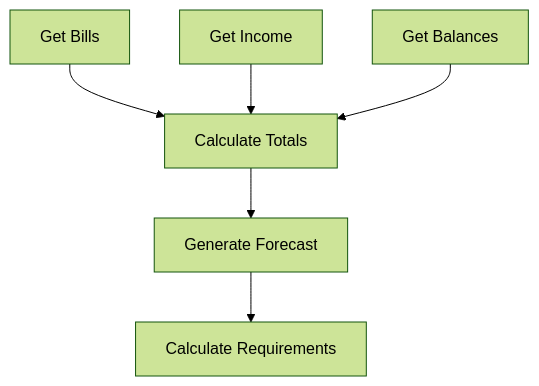
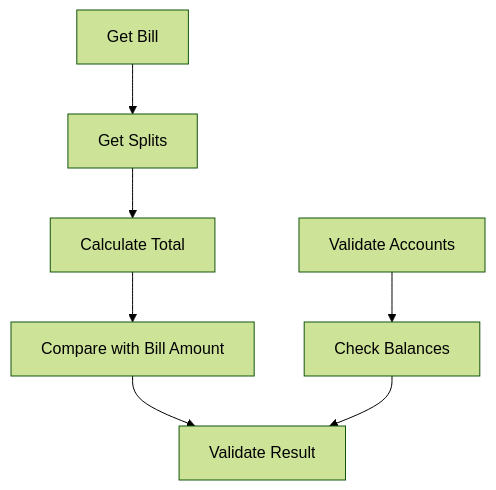
Before and after one commit to AstroMined/debtonator: the fourth of 4 diagrams in docs/system_patterns.md, drawn with Mermaid (forest theme). The commit also changed other lines of this file and 29 other files, not shown here.

````diff
--- a/docs/system_patterns.md
+++ b/docs/system_patterns.md
@@ -92,8 +117,9 @@
 ```mermaid
 graph TD
-    A[Get Bills] --> D[Calculate Totals]
-    B[Get Income] --> D
-    C[Get Balances] --> D
-    D --> E[Generate Forecast]
-    E --> F[Calculate Requirements]
+    A[Get Bill] --> D[Get Splits]
+    B[Calculate Total] --> E[Compare with Bill Amount]
+    C[Validate Accounts] --> F[Check Balances]
+    D --> B
+    E --> G[Validate Result]
+    F --> G
 ```
````
